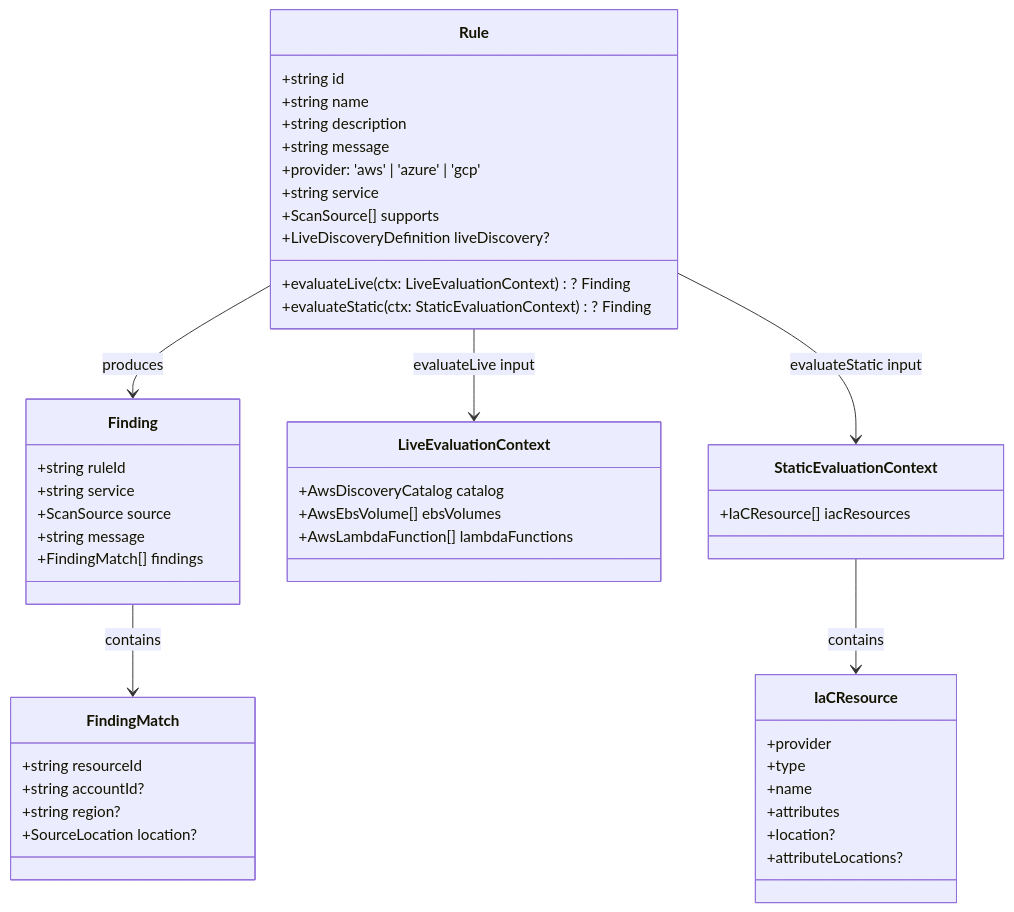
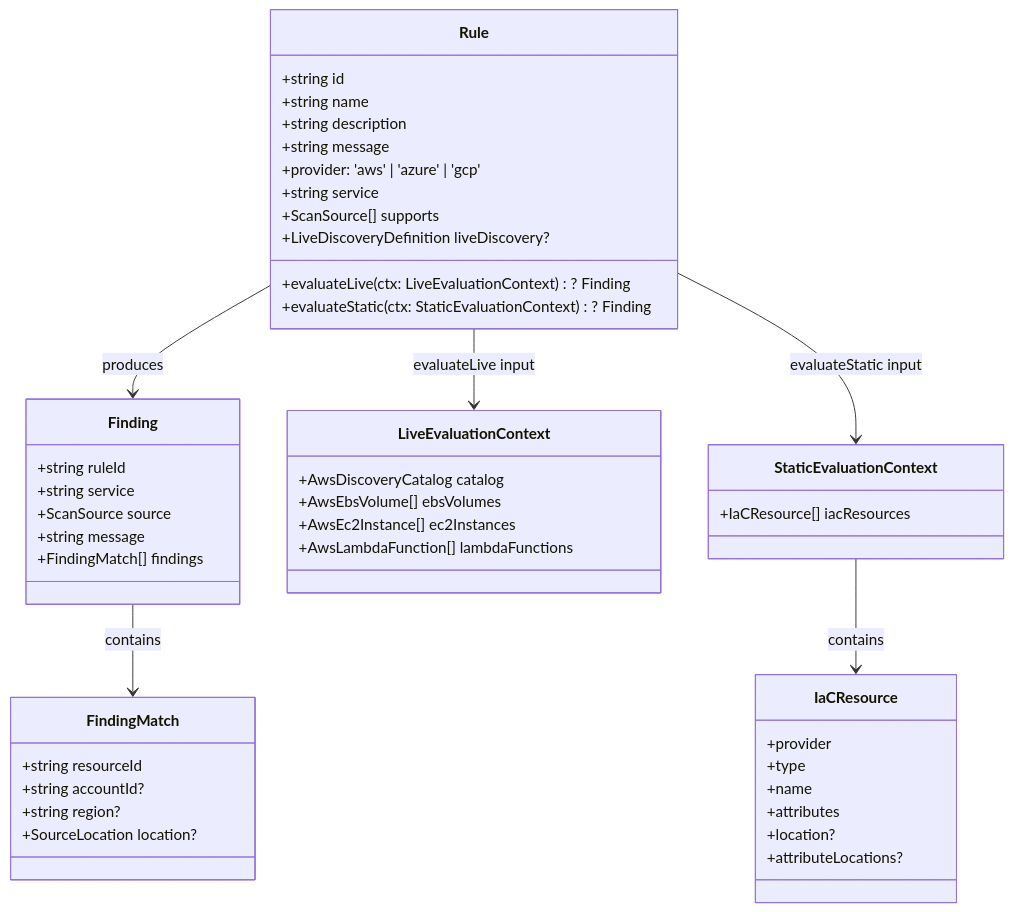
One commit to towardsthecloud/cloudburn changed the first of 2 diagrams in docs/architecture/rules.md. Above: the diagram before and after it, drawn with Mermaid. The commit also changed other lines of this file and 34 other files, not shown here.

````diff
--- a/docs/architecture/rules.md
+++ b/docs/architecture/rules.md
@@ -5,55 +5,56 @@
 ```mermaid
 classDiagram
   class Rule {
     +string id
     +string name
     +string description
     +string message
     +provider: 'aws' | 'azure' | 'gcp'
     +string service
     +ScanSource[] supports
     +LiveDiscoveryDefinition liveDiscovery?
     +evaluateLive(ctx: LiveEvaluationContext)? Finding
     +evaluateStatic(ctx: StaticEvaluationContext)? Finding
   }
 
   class Finding {
     +string ruleId
     +string service
     +ScanSource source
     +string message
     +FindingMatch[] findings
   }
 
   class FindingMatch {
     +string resourceId
     +string accountId?
     +string region?
     +SourceLocation location?
   }
 
   class LiveEvaluationContext {
     +AwsDiscoveryCatalog catalog
     +AwsEbsVolume[] ebsVolumes
+    +AwsEc2Instance[] ec2Instances
     +AwsLambdaFunction[] lambdaFunctions
   }
 
   class IaCResource {
     +provider
     +type
     +name
     +attributes
     +location?
     +attributeLocations?
   }
 
   class StaticEvaluationContext {
     +IaCResource[] iacResources
   }
 
   Rule --> Finding : produces
   Finding --> FindingMatch : contains
   Rule --> LiveEvaluationContext : evaluateLive input
   Rule --> StaticEvaluationContext : evaluateStatic input
   StaticEvaluationContext --> IaCResource : contains
 ```
````
